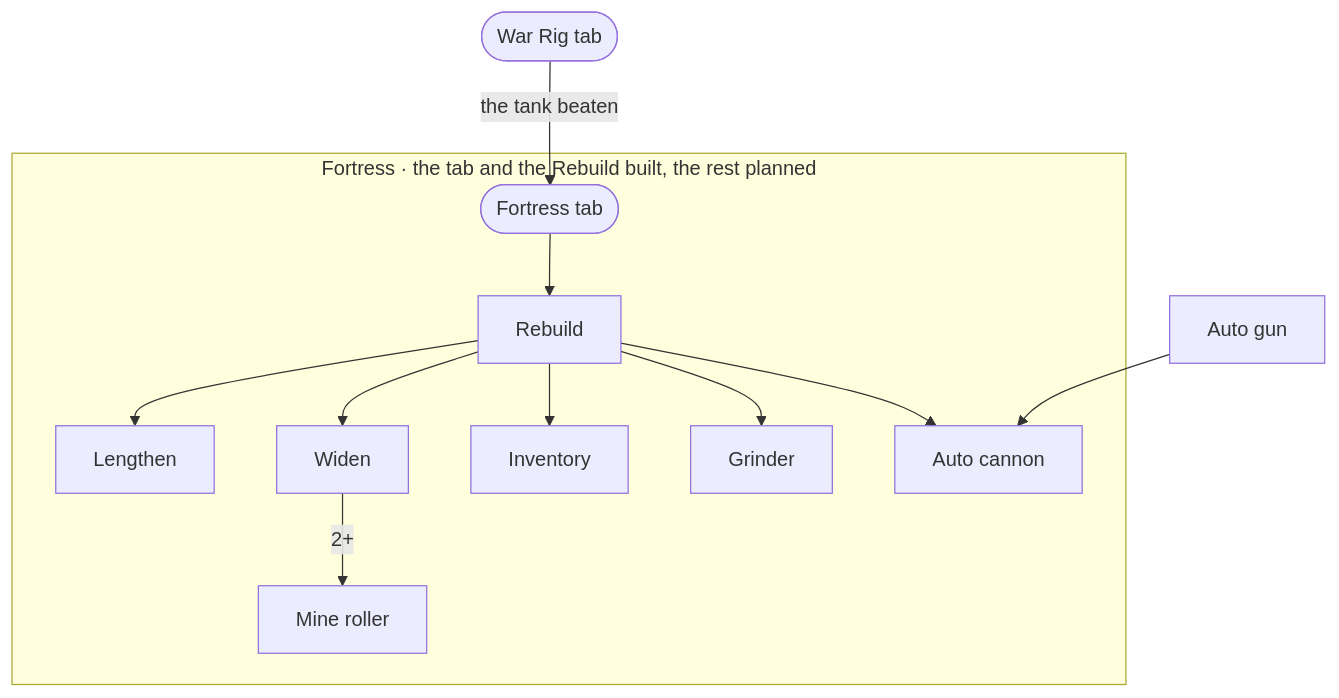
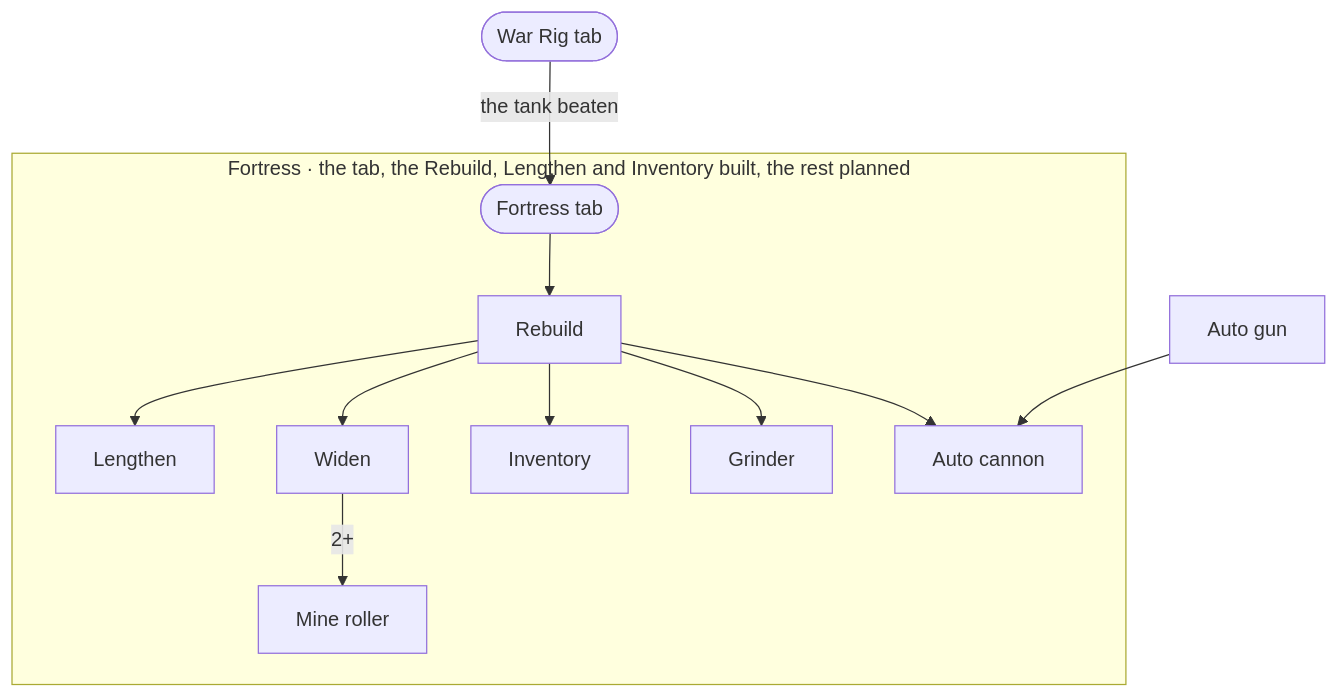
The second of 2 diagrams in docs/upgrade-graph.md (fulibacsi/rev-it), drawn with Mermaid before and after one commit. The commit also changed other lines of this file and 16 other files, not shown here.

````diff
--- a/docs/upgrade-graph.md
+++ b/docs/upgrade-graph.md
@@ -257,18 +260,18 @@
 ```mermaid
 flowchart TD
-  subgraph X["Fortress · the tab and the Rebuild built, the rest planned"]
+  subgraph X["Fortress · the tab, the Rebuild, Lengthen and Inventory built, the rest planned"]
     fortressTab(["Fortress tab"])
     rebuild["Rebuild"]
     lengthen["Lengthen"]
     widen["Widen"]
     inventory["Inventory"]
     grinder["Grinder"]
     roller["Mine roller"]
     autocannon["Auto cannon"]
   end
   warrig(["War Rig tab"]) -- "the tank beaten" --> fortressTab
   fortressTab --> rebuild
   rebuild --> lengthen & widen & inventory & grinder & autocannon
   widen -- "2+" --> roller
   autogun["Auto gun"] --> autocannon
 ```
````
